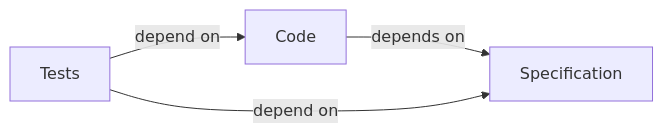
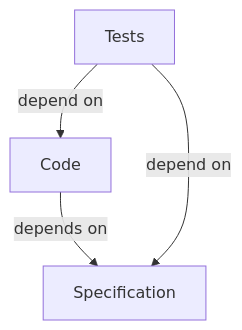
Before and after one commit to sd4483/Obsidian: the diagram in Software Testing/Introduction to Software Testing.md, drawn with Mermaid.

Commit message:
vault backup: 2023-02-27 17:04:05

````diff
--- a/Software Testing/Introduction to Software Testing.md
+++ b/Software Testing/Introduction to Software Testing.md
@@ -47,6 +47,6 @@
 	```mermaid
-	flowchart LR
+	flowchart TD
 		C[Code] -- depends on --> S[Specification]
 		T[Tests] -- depend on --> C
 		T -- depend on --> S
 	```
````
